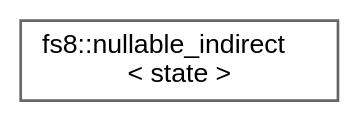
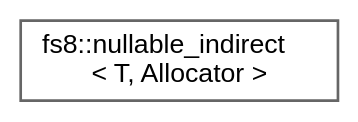
Before and after one commit to the-moisrex/foresight: the diagram in api/inherit_graph_102.dot, drawn with Graphviz. The commit also changed 171 other files, not shown here.

```diff
--- a/api/inherit_graph_102.dot
+++ b/api/inherit_graph_102.dot
@@ -1,9 +1,9 @@
 digraph "Graphical Class Hierarchy"
 {
  // LATEX_PDF_SIZE
   bgcolor="transparent";
   edge [fontname=Helvetica,fontsize=10,labelfontname=Helvetica,labelfontsize=10];
   node [fontname=Helvetica,fontsize=10,shape=box,height=0.2,width=0.4];
   rankdir="LR";
-  Node0 [id="Node000000",label="fs8::nullable_indirect\l\< state \>",height=0.2,width=0.4,color="grey40", fillcolor="white", style="filled",URL="$structfs8_1_1nullable__indirect.html",tooltip=" "];
+  Node0 [id="Node000000",label="fs8::nullable_indirect\l\< T, Allocator \>",height=0.2,width=0.4,color="grey40", fillcolor="white", style="filled",URL="$structfs8_1_1nullable__indirect.html",tooltip=" "];
 }
```
